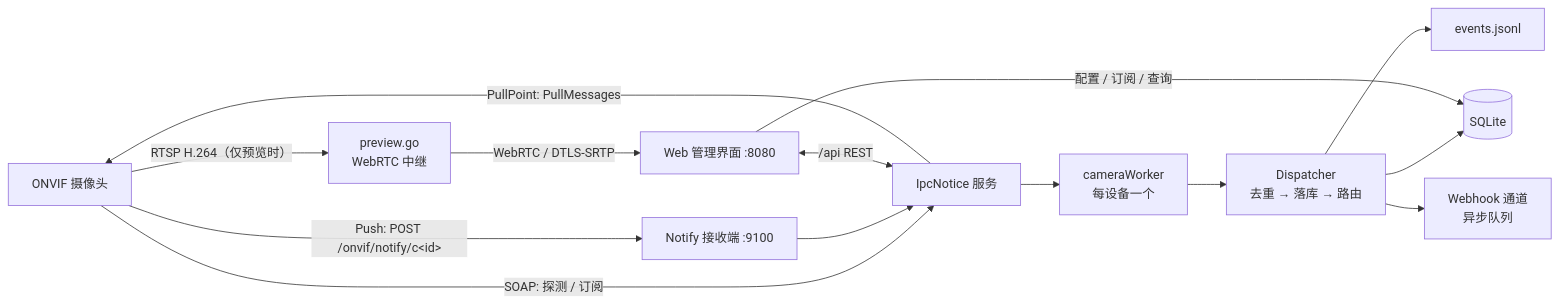
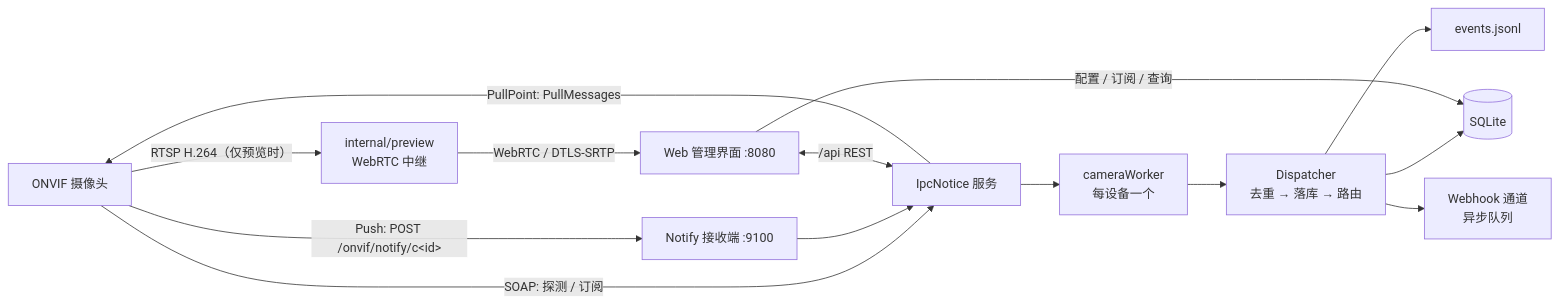
One commit to TedLing/IpcNotice changed the diagram in README.md. Above: the diagram before and after it, drawn with Mermaid. The commit also changed other lines of this file and 24 other files, not shown here.

````diff
--- a/README.md
+++ b/README.md
@@ -55,16 +55,16 @@
 ```mermaid
 flowchart LR
   CAM["ONVIF 摄像头"] -->|"SOAP: 探测 / 订阅"| APP["IpcNotice 服务"]
   CAM -->|"Push: POST /onvif/notify/c&lt;id&gt;"| NOTIFY["Notify 接收端 :9100"]
   APP -->|"PullPoint: PullMessages"| CAM
   NOTIFY --> APP
   APP --> WORKER["cameraWorker<br/>每设备一个"]
   WORKER --> DISP["Dispatcher<br/>去重 → 落库 → 路由"]
   DISP --> DB[("SQLite")]
   DISP --> LOG["events.jsonl"]
   DISP --> HOOK["Webhook 通道<br/>异步队列"]
   UI["Web 管理界面 :8080"] <-->|"/api REST"| APP
   UI -->|"配置 / 订阅 / 查询"| DB
-  CAM -->|"RTSP H.264（仅预览时）"| PREVIEW["preview.go<br/>WebRTC 中继"]
+  CAM -->|"RTSP H.264（仅预览时）"| PREVIEW["internal/preview<br/>WebRTC 中继"]
   PREVIEW -->|"WebRTC / DTLS-SRTP"| UI
 ```
````
